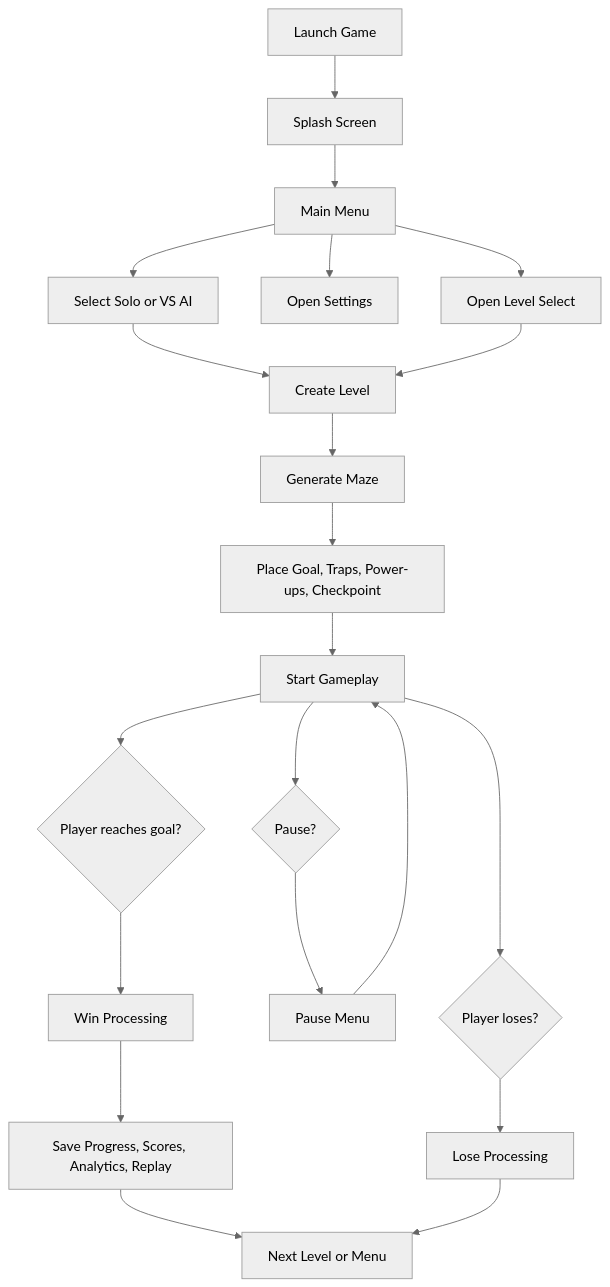
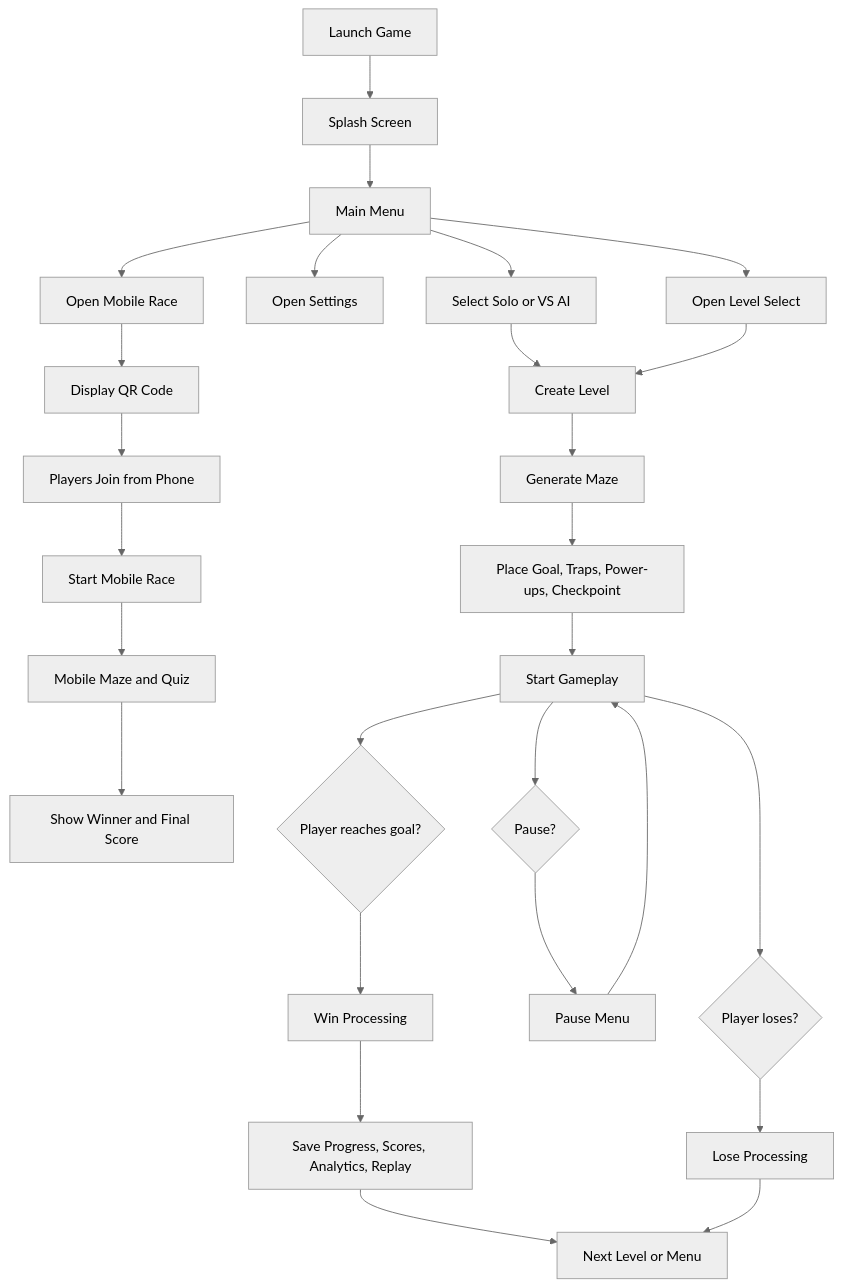
One commit to Cjclaud/MazeVerse-AI changed the first of 3 diagrams in PROJECT_DOCUMENTATION.md. Above: the diagram before and after it, drawn with Mermaid (neutral theme). The commit also changed other lines of this file, not shown here.

Commit message:
Document mobile race feature

````diff
--- a/PROJECT_DOCUMENTATION.md
+++ b/PROJECT_DOCUMENTATION.md
@@ -214,23 +234,29 @@
 ```mermaid
 flowchart TD
     A[Launch Game] --> B[Splash Screen]
     B --> C[Main Menu]
     C --> D[Select Solo or VS AI]
     C --> E[Open Settings]
     C --> F[Open Level Select]
+    C --> S[Open Mobile Race]
+    S --> T[Display QR Code]
+    T --> U[Players Join from Phone]
+    U --> V[Start Mobile Race]
+    V --> W[Mobile Maze and Quiz]
+    W --> X[Show Winner and Final Score]
     D --> G[Create Level]
     F --> G
     G --> H[Generate Maze]
     H --> I[Place Goal, Traps, Power-ups, Checkpoint]
     I --> J[Start Gameplay]
     J --> K{Player reaches goal?}
     J --> L{Player loses?}
     J --> M{Pause?}
     M --> N[Pause Menu]
     N --> J
     K --> O[Win Processing]
     L --> P[Lose Processing]
     O --> Q[Save Progress, Scores, Analytics, Replay]
     Q --> R[Next Level or Menu]
     P --> R
 ```
````
